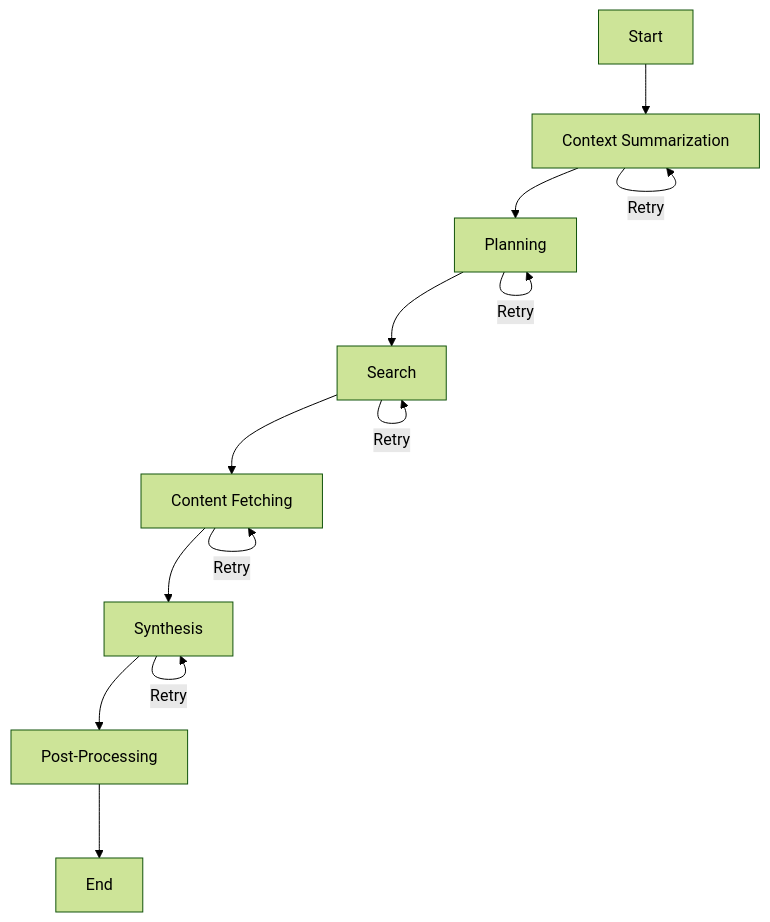
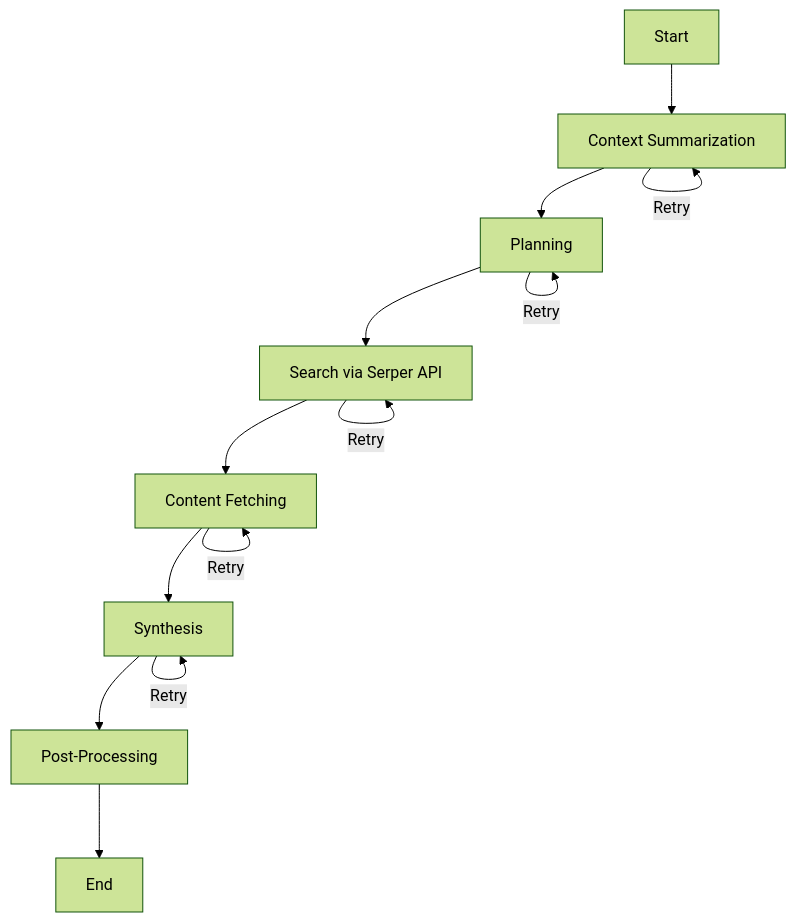
The diagram in README.md (Jeypraveen/Research-Brief-Generator), drawn with Mermaid (forest theme) before and after one commit. The commit also changed other lines of this file, not shown here.

````diff
--- a/README.md
+++ b/README.md
@@ -46,16 +46,16 @@
 ```mermaid
 graph TD
     A[Start] --> B[Context Summarization]
     B --> C[Planning] 
-    C --> D[Search]
+    C --> D[Search via Serper API]
     D --> E[Content Fetching]
     E --> F[Synthesis]
     F --> G[Post-Processing]
     G --> H[End]
     
     B -->|Retry| B
     C -->|Retry| C
     D -->|Retry| D
     E -->|Retry| E
     F -->|Retry| F
 ```
````
